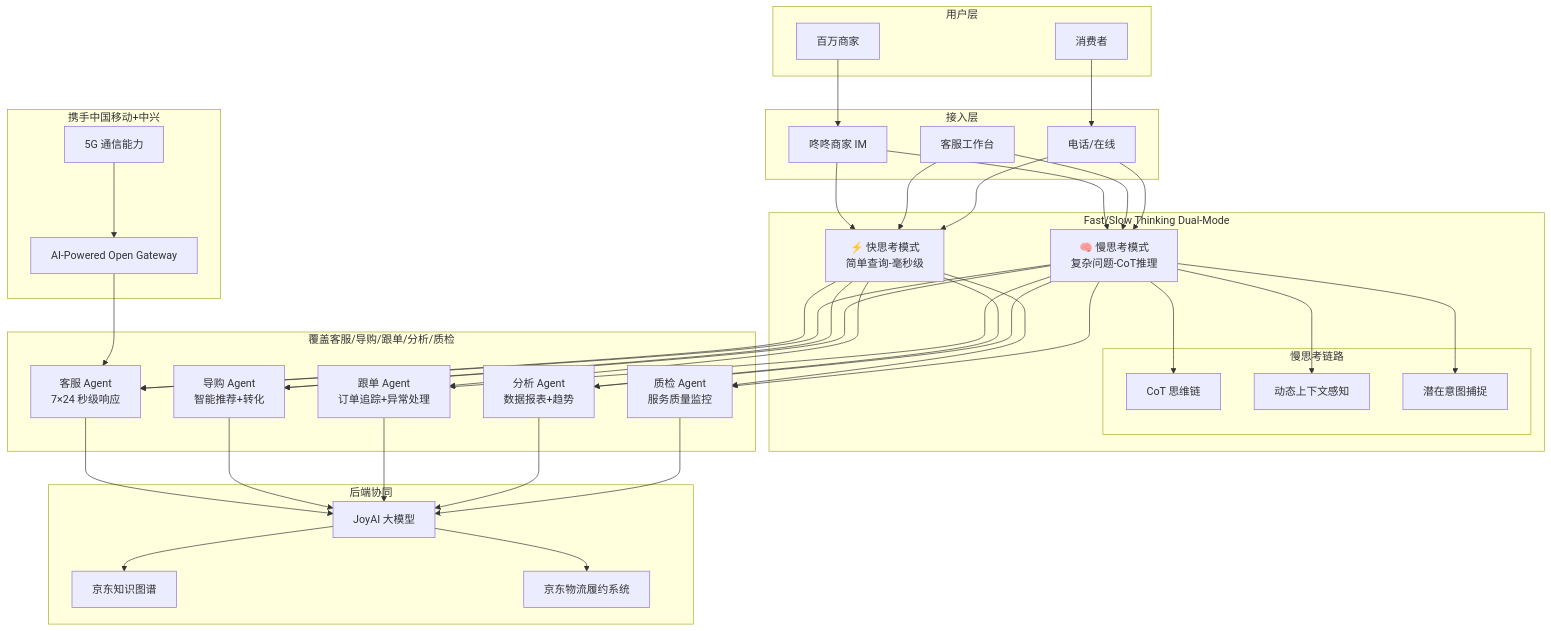
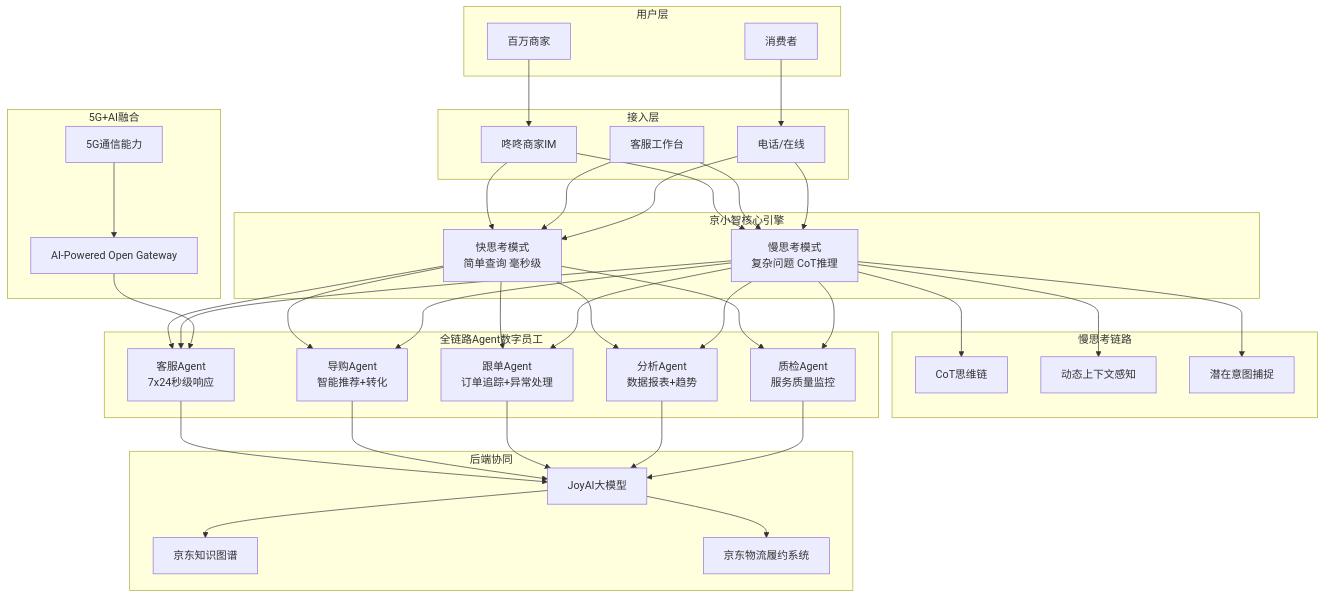
Before and after one commit to wly-163/grid-qa: the second of 8 diagrams in 供应链物流智能客服Agent架构图.md, drawn with Mermaid. The commit also changed other lines of this file, not shown here.

First line of the commit message:
fix: 修复Mermaid图语法-去掉&多目标箭头和emoji

````diff
--- a/供应链物流智能客服Agent架构图.md
+++ b/供应链物流智能客服Agent架构图.md
@@ -80,51 +100,74 @@
 ```mermaid
 flowchart TB
     subgraph 用户层
         S["百万商家"]
         C["消费者"]
     end
 
     subgraph 接入层
-        DD["咚咚商家 IM"]
+        DD["咚咚商家IM"]
         WH["客服工作台"]
         PH["电话/在线"]
     end
 
-    subgraph 京小智核心引擎 [Fast/Slow Thinking Dual-Mode]
-        FT["⚡ 快思考模式<br>简单查询-毫秒级"]
-        ST["🧠 慢思考模式<br>复杂问题-CoT推理"]
-        subgraph 慢思考链路
-            CT["CoT 思维链"]
-            DC["动态上下文感知"]
-            PI["潜在意图捕捉"]
-        end
+    subgraph 京小智核心引擎
+        FT["快思考模式<br>简单查询 毫秒级"]
+        ST["慢思考模式<br>复杂问题 CoT推理"]
     end
 
-    subgraph 全链路 Agent 数字员工 [覆盖客服/导购/跟单/分析/质检]
-        CSA["客服 Agent<br>7×24 秒级响应"]
-        SA["导购 Agent<br>智能推荐+转化"]
-        OA["跟单 Agent<br>订单追踪+异常处理"]
-        AA["分析 Agent<br>数据报表+趋势"]
-        QA["质检 Agent<br>服务质量监控"]
+    subgraph 慢思考链路
+        CT["CoT思维链"]
+        DC["动态上下文感知"]
+        PI["潜在意图捕捉"]
     end
 
-    subgraph 5G+AI 融合层 [携手中国移动+中兴]
-        G5["5G 通信能力"]
-        AI_OPEN["AI-Powered Open Gateway"]
+    subgraph 全链路Agent数字员工
+        CSA["客服Agent<br>7x24秒级响应"]
+        SA2["导购Agent<br>智能推荐+转化"]
+        OA2["跟单Agent<br>订单追踪+异常处理"]
+        AA["分析Agent<br>数据报表+趋势"]
+        QA["质检Agent<br>服务质量监控"]
     end
 
     subgraph 后端协同
-        JOY["JoyAI 大模型"]
+        JOY["JoyAI大模型"]
         KG["京东知识图谱"]
         LOG["京东物流履约系统"]
     end
 
+    subgraph 5G+AI融合
+        G5["5G通信能力"]
+        AI_OPEN["AI-Powered Open Gateway"]
+    end
+
     S --> DD
     C --> PH
-    DD & WH & PH --> FT & ST
-    ST --> CT & DC & PI
-    FT & ST --> CSA & SA & OA & AA & QA
-    CSA & SA & OA & AA & QA --> JOY
-    JOY --> KG & LOG
-    G5 --> AI_OPEN --> CSA
+    DD --> FT
+    DD --> ST
+    WH --> FT
+    WH --> ST
+    PH --> FT
+    PH --> ST
+    ST --> CT
+    ST --> DC
+    ST --> PI
+    FT --> CSA
+    FT --> SA2
+    FT --> OA2
+    FT --> AA
+    FT --> QA
+    ST --> CSA
+    ST --> SA2
+    ST --> OA2
+    ST --> AA
+    ST --> QA
+    CSA --> JOY
+    SA2 --> JOY
+    OA2 --> JOY
+    AA --> JOY
+    QA --> JOY
+    JOY --> KG
+    JOY --> LOG
+    G5 --> AI_OPEN
+    AI_OPEN --> CSA
 ```
````
